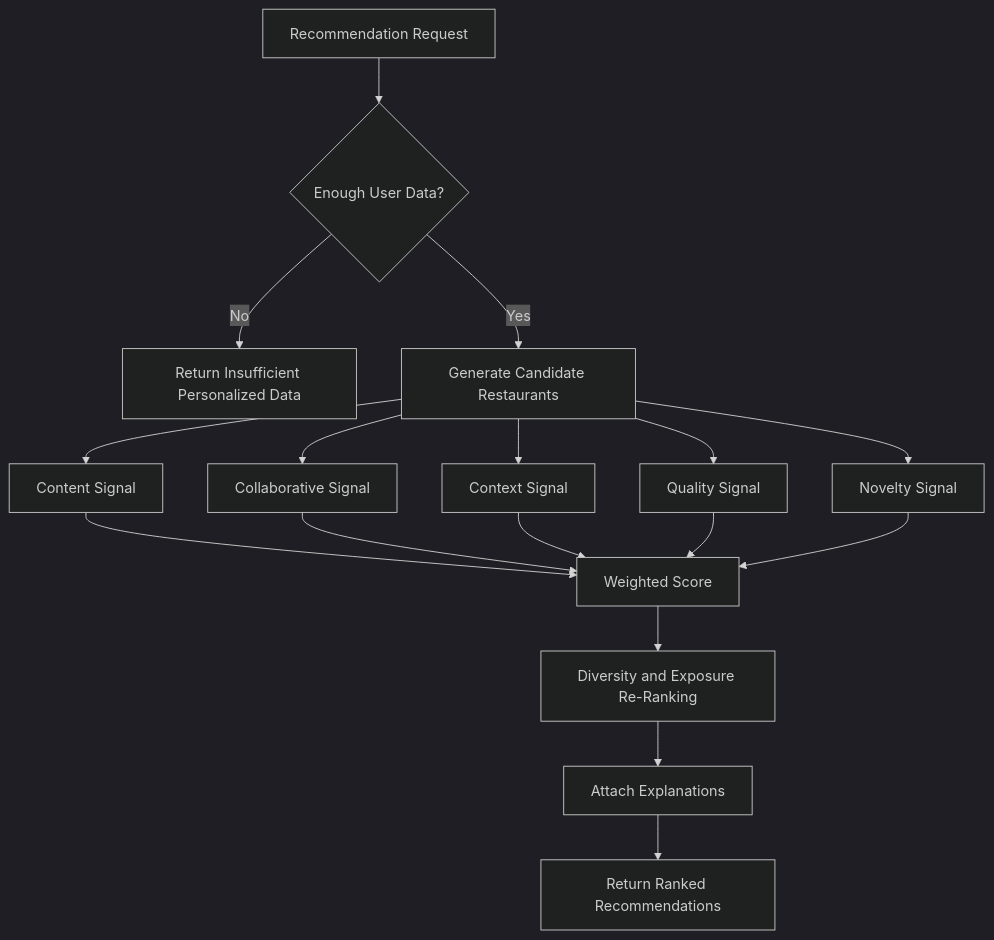
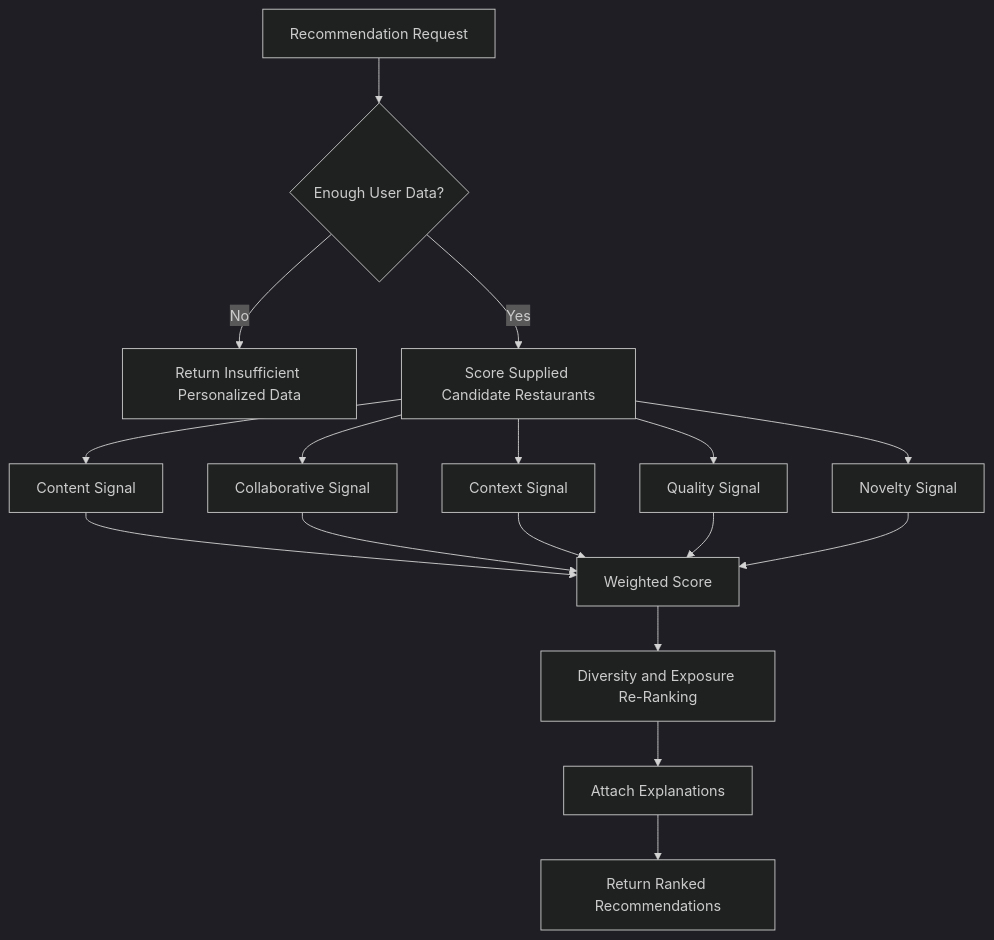
One commit to juneharold/cs350-snapplate changed the third of 3 diagrams in juneha-algorithm.md. Above: the diagram before and after it, drawn with Mermaid (dark theme). The commit also changed other lines of this file and 7 other files, not shown here.

````diff
--- a/juneha-algorithm.md
+++ b/juneha-algorithm.md
@@ -442,19 +443,19 @@
 ```mermaid
 flowchart TD
     A[Recommendation Request] --> B{Enough User Data?}
     B -- No --> C[Return Insufficient Personalized Data]
-    B -- Yes --> D[Generate Candidate Restaurants]
+    B -- Yes --> D[Score Supplied Candidate Restaurants]
     D --> E[Content Signal]
     D --> F[Collaborative Signal]
     D --> G[Context Signal]
     D --> H[Quality Signal]
     D --> I[Novelty Signal]
     E --> J[Weighted Score]
     F --> J
     G --> J
     H --> J
     I --> J
     J --> K[Diversity and Exposure Re-Ranking]
     K --> L[Attach Explanations]
     L --> M[Return Ranked Recommendations]
 ```
````
